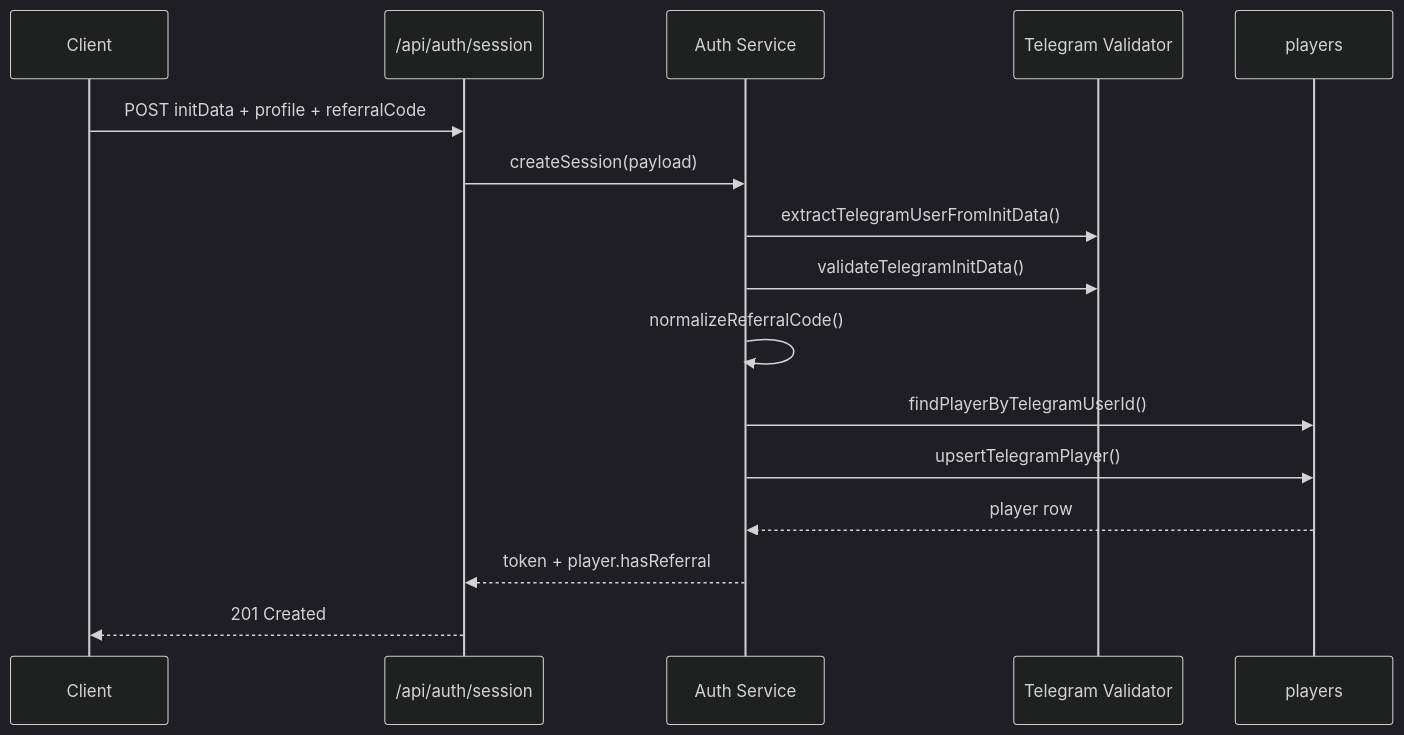
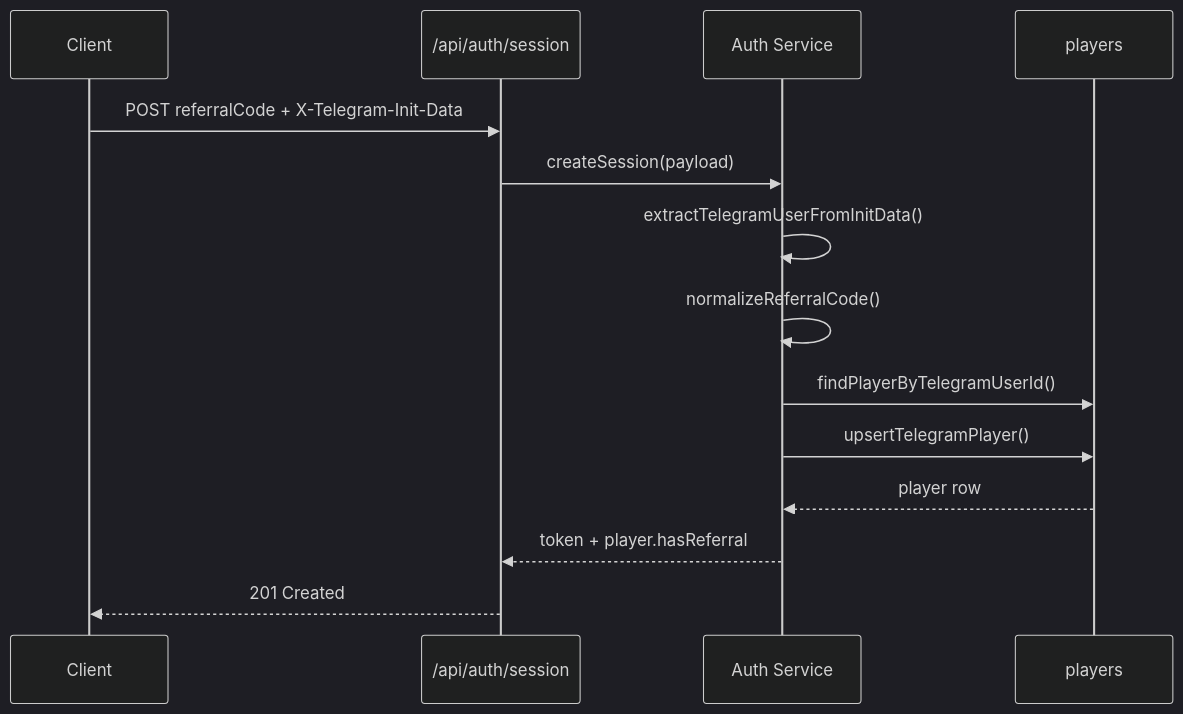
The second of 10 diagrams in docs/sequences.md (viscosha1575/lamoda-adidas), drawn with Mermaid (dark theme) before and after one commit. The commit also changed other lines of this file and 16 other files, not shown here.

Commit message:
Update Telegram-only auth flow and intro initData logging

````diff
--- a/docs/sequences.md
+++ b/docs/sequences.md
@@ -43,19 +24,17 @@
 ```mermaid
 sequenceDiagram
     participant Client
     participant API as /api/auth/session
     participant Auth as Auth Service
-    participant TG as Telegram Validator
     participant DB as players
 
-    Client->>API: POST initData + profile + referralCode
+    Client->>API: POST referralCode + X-Telegram-Init-Data
     API->>Auth: createSession(payload)
-    Auth->>TG: extractTelegramUserFromInitData()
-    Auth->>TG: validateTelegramInitData()
+    Auth->>Auth: extractTelegramUserFromInitData()
     Auth->>Auth: normalizeReferralCode()
     Auth->>DB: findPlayerByTelegramUserId()
     Auth->>DB: upsertTelegramPlayer()
     DB-->>Auth: player row
     Auth-->>API: token + player.hasReferral
     API-->>Client: 201 Created
 ```
````
